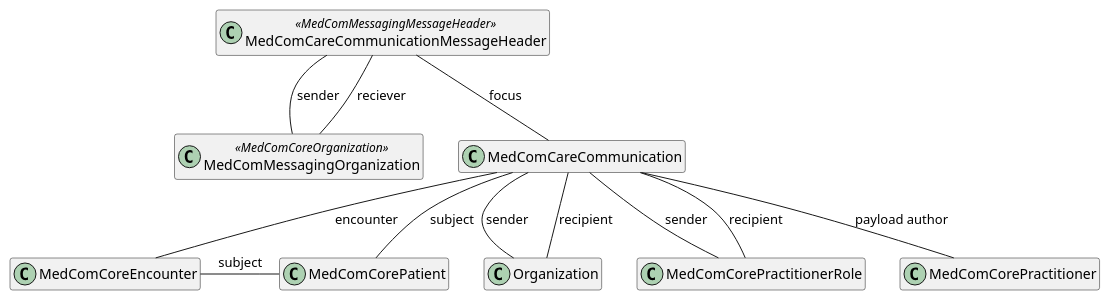
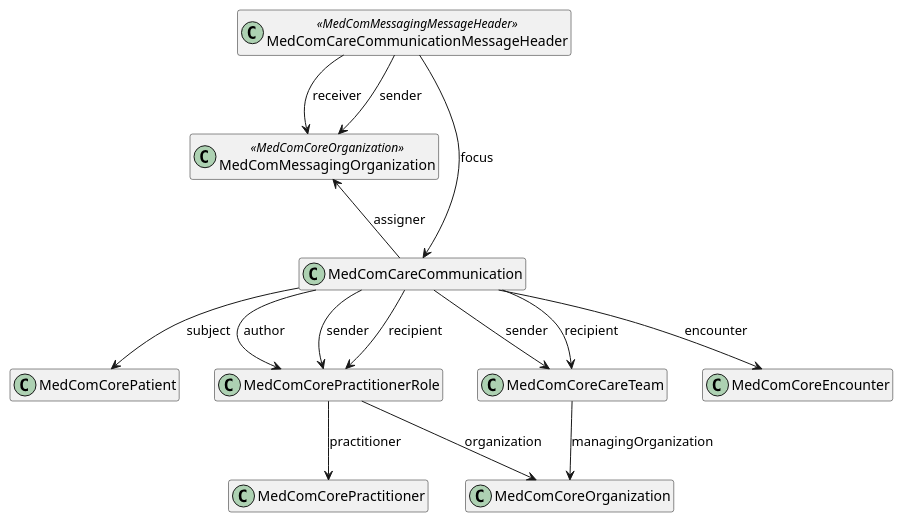
One commit to medcomdk/dk-medcom-carecommunication changed the diagram in puml/CareCommunicationMessageHeader.puml. Above: the diagram before and after it, drawn with PlantUML. The commit also changed 83 other files, not shown here.

Commit message:
Githubpagesmaster update of material to CareCommunication and ConversionService (#152)

```diff
--- a/puml/CareCommunicationMessageHeader.puml
+++ b/puml/CareCommunicationMessageHeader.puml
@@ -1,27 +1,32 @@
 @startuml CareCommunicationMessageHeader
 
 hide empty members
+
+top to bottom direction
 
 class "MedComCareCommunicationMessageHeader" as messageheader <<MedComMessagingMessageHeader>>
 class "MedComMessagingOrganization" as messagingOrganization <<MedComCoreOrganization>>
 class "MedComCareCommunication" as communication
 class "MedComCorePatient" as patient
+class "MedComCorePractitionerRole" as pracRole
+class "MedComCoreCareTeam" as careteam
+class "MedComCorePractitioner" as author
 class "MedComCoreEncounter" as encounter
-class "Organization" as recipientOrganization 
-class "MedComCorePractitionerRole" as recipientRole
-class "MedComCorePractitioner" as author
+class "MedComCoreOrganization" as organization
 
+messageheader --> communication : "focus"
+communication --> patient : "subject"
+communication --> pracRole : "author"
+communication --> careteam : "sender"
+communication --> careteam : "recipient"
+communication --> pracRole : "sender"
+communication --> pracRole : "recipient"
+messagingOrganization <-- communication : "assigner"
+pracRole --> author : "practitioner"
+pracRole --> organization : "organization"
+careteam --> organization : "managingOrganization"
+communication --> encounter : "encounter"
 
-messageheader -- messagingOrganization : "sender"
-messageheader -- messagingOrganization : "reciever"
-messageheader -- communication : "focus"
-communication -- encounter : "encounter"
-communication -- patient : "subject"
-communication -- recipientOrganization : "sender"
-communication -- recipientRole : "sender"
-communication -- recipientOrganization : "recipient"
-communication -- recipientRole : "recipient"
-communication -- author : "payload author"
-
-encounter -patient :"subject"
+messageheader --> messagingOrganization : "receiver"
+messageheader --> messagingOrganization : "sender"
 @enduml
```
